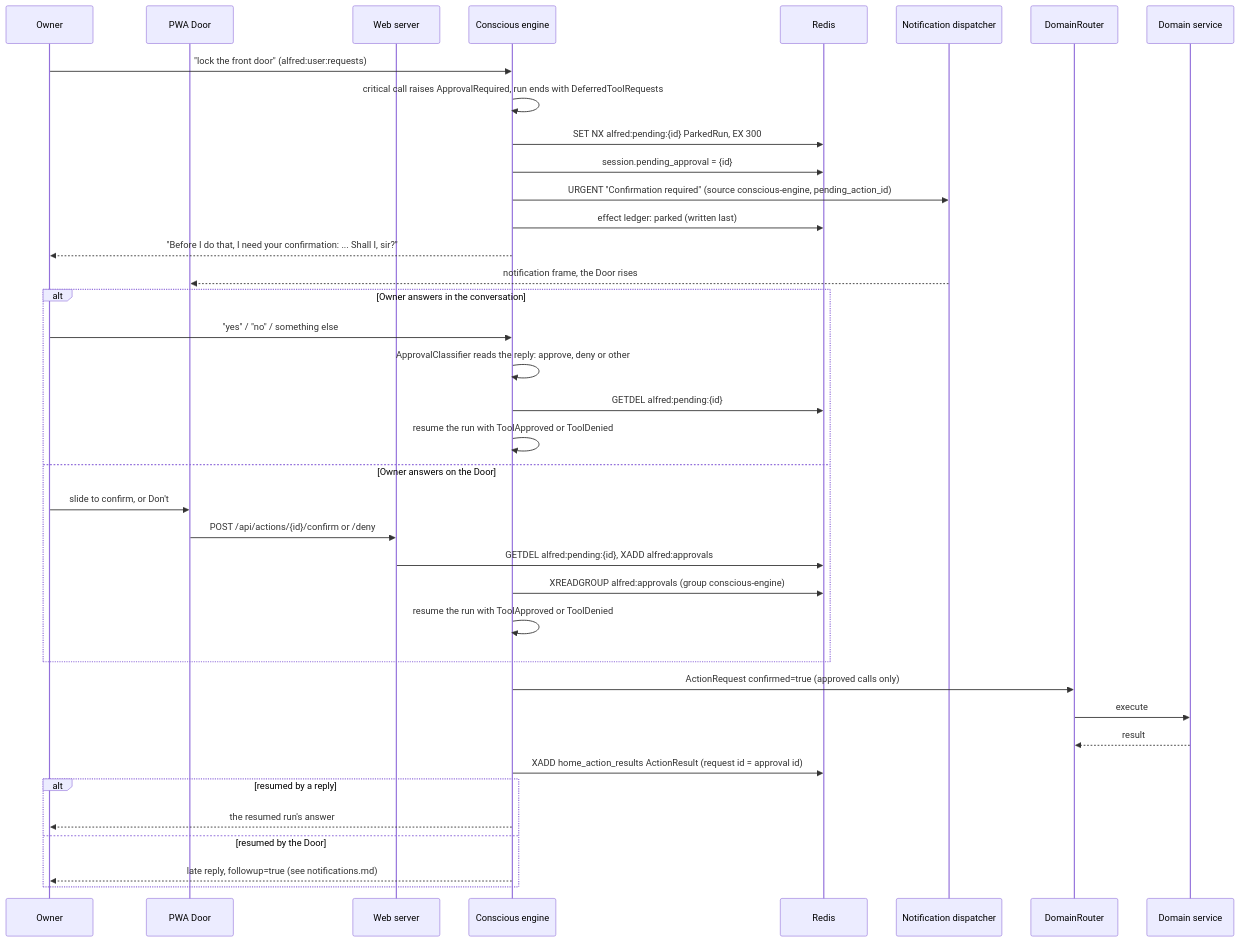
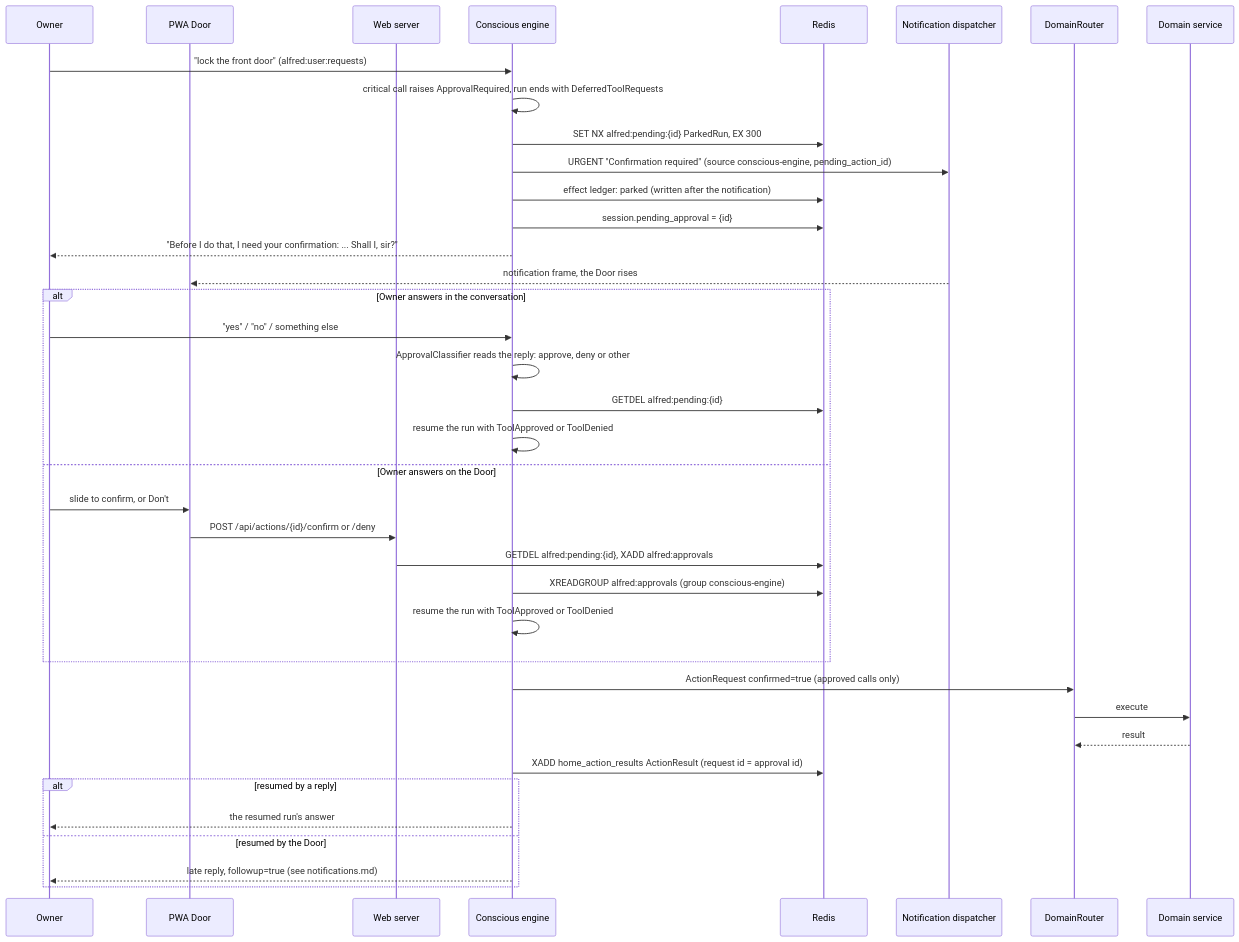
One commit to anirudhlath/alfred changed the diagram in docs/autonomy.md. Above: the diagram before and after it, drawn with Mermaid. The commit also changed other lines of this file and 7 other files, not shown here.

````diff
--- a/docs/autonomy.md
+++ b/docs/autonomy.md
@@ -82,43 +82,43 @@
 ```mermaid
 sequenceDiagram
     participant Owner
     participant Door as PWA Door
     participant Web as Web server
     participant Engine as Conscious engine
     participant Redis
     participant Dispatcher as Notification dispatcher
     participant Router as DomainRouter
     participant Home as Domain service
 
     Owner->>Engine: "lock the front door" (alfred:user:requests)
     Engine->>Engine: critical call raises ApprovalRequired, run ends with DeferredToolRequests
     Engine->>Redis: SET NX alfred:pending:{id} ParkedRun, EX 300
+    Engine->>Dispatcher: URGENT "Confirmation required" (source conscious-engine, pending_action_id)
+    Engine->>Redis: effect ledger: parked (written after the notification)
     Engine->>Redis: session.pending_approval = {id}
-    Engine->>Dispatcher: URGENT "Confirmation required" (source conscious-engine, pending_action_id)
-    Engine->>Redis: effect ledger: parked (written last)
     Engine-->>Owner: "Before I do that, I need your confirmation: ... Shall I, sir?"
     Dispatcher-->>Door: notification frame, the Door rises
 
     alt Owner answers in the conversation
         Owner->>Engine: "yes" / "no" / something else
         Engine->>Engine: ApprovalClassifier reads the reply: approve, deny or other
         Engine->>Redis: GETDEL alfred:pending:{id}
         Engine->>Engine: resume the run with ToolApproved or ToolDenied
     else Owner answers on the Door
         Owner->>Door: slide to confirm, or Don't
         Door->>Web: POST /api/actions/{id}/confirm or /deny
         Web->>Redis: GETDEL alfred:pending:{id}, XADD alfred:approvals
         Engine->>Redis: XREADGROUP alfred:approvals (group conscious-engine)
         Engine->>Engine: resume the run with ToolApproved or ToolDenied
     end
 
     Engine->>Router: ActionRequest confirmed=true (approved calls only)
     Router->>Home: execute
     Home-->>Router: result
     Engine->>Redis: XADD home_action_results ActionResult (request id = approval id)
     alt resumed by a reply
         Engine-->>Owner: the resumed run's answer
     else resumed by the Door
         Engine-->>Owner: late reply, followup=true (see notifications.md)
     end
 ```
````
